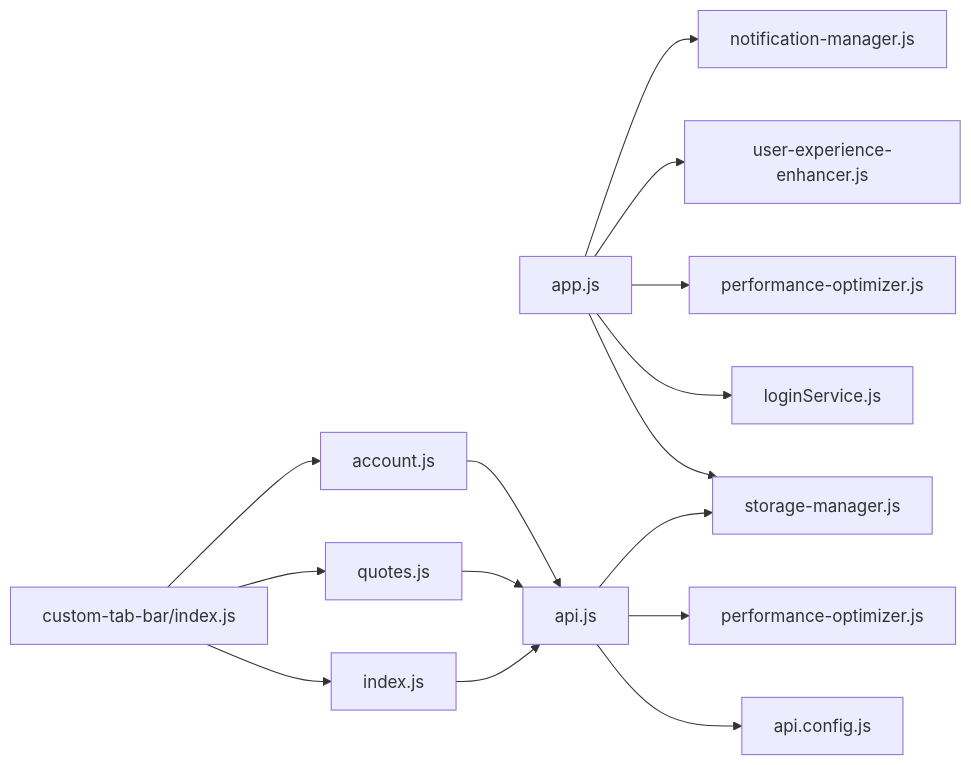
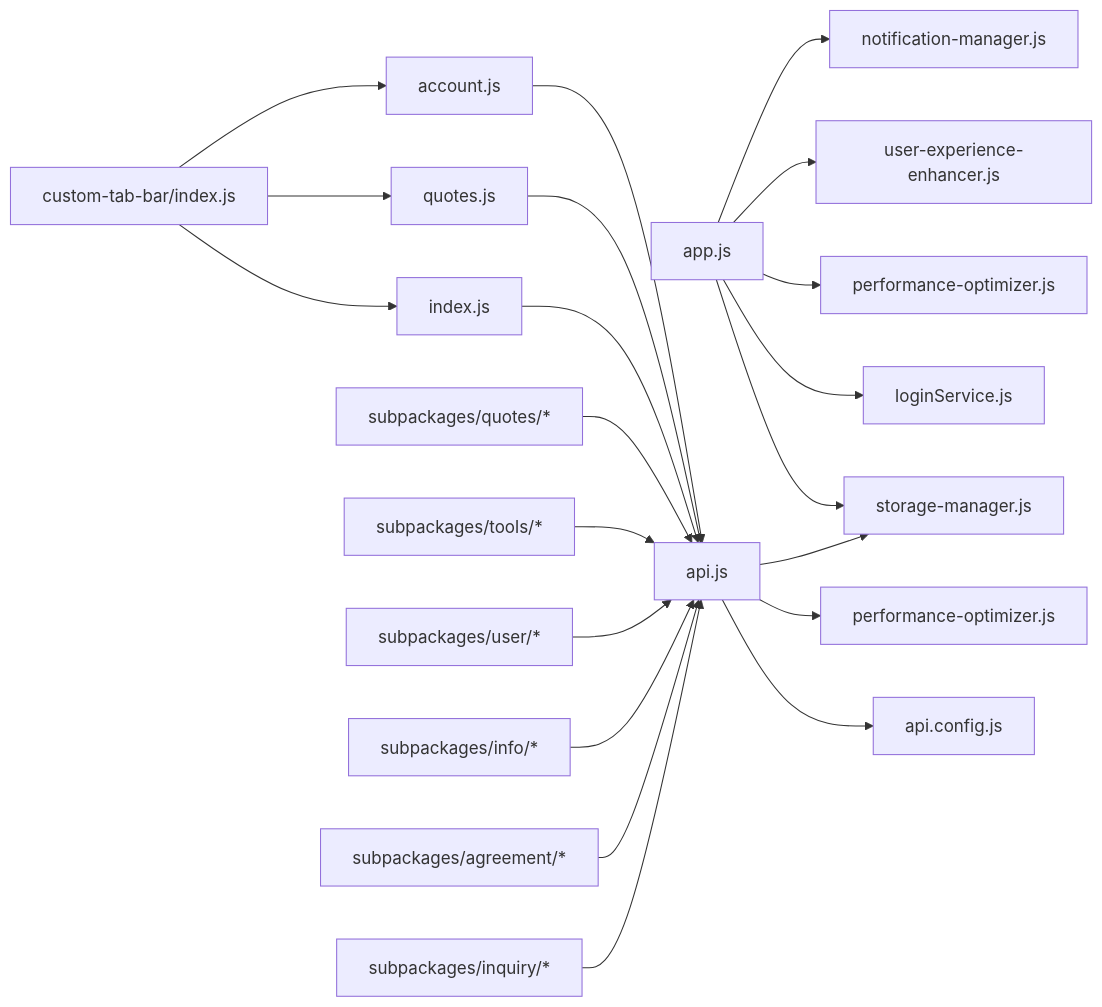
Before and after one commit to guyuefangyuanl/Over-the-counter-options: the tenth of 10 diagrams in .qoder/repowiki/zh/content/系统架构设计/前端架构设计/微信小程序架构/微信小程序架构.md, drawn with Mermaid. The commit also changed other lines of this file and 29 other files, not shown here.

````diff
--- a/.qoder/repowiki/zh/content/系统架构设计/前端架构设计/微信小程序架构/微信小程序架构.md
+++ b/.qoder/repowiki/zh/content/系统架构设计/前端架构设计/微信小程序架构/微信小程序架构.md
@@ -365,17 +454,23 @@
 ```mermaid
 graph LR
 APP["app.js"] --> ST["storage-manager.js"]
 APP --> LG["loginService.js"]
 APP --> PF["performance-optimizer.js"]
 APP --> UX["user-experience-enhancer.js"]
 APP --> NT["notification-manager.js"]
 API["api.js"] --> CFG["api.config.js"]
 API --> PERF["performance-optimizer.js"]
 API --> ST["storage-manager.js"]
 HOME["index.js"] --> API
 QUOTES["quotes.js"] --> API
 ACCOUNT["account.js"] --> API
 TAB["custom-tab-bar/index.js"] --> HOME
 TAB --> QUOTES
 TAB --> ACCOUNT
+SUB_QUOTES["subpackages/quotes/*"] --> API
+SUB_TOOLS["subpackages/tools/*"] --> API
+SUB_USER["subpackages/user/*"] --> API
+SUB_INFO["subpackages/info/*"] --> API
+SUB_AGREEMENT["subpackages/agreement/*"] --> API
+SUB_INQUIRY["subpackages/inquiry/*"] --> API
 ```
````
